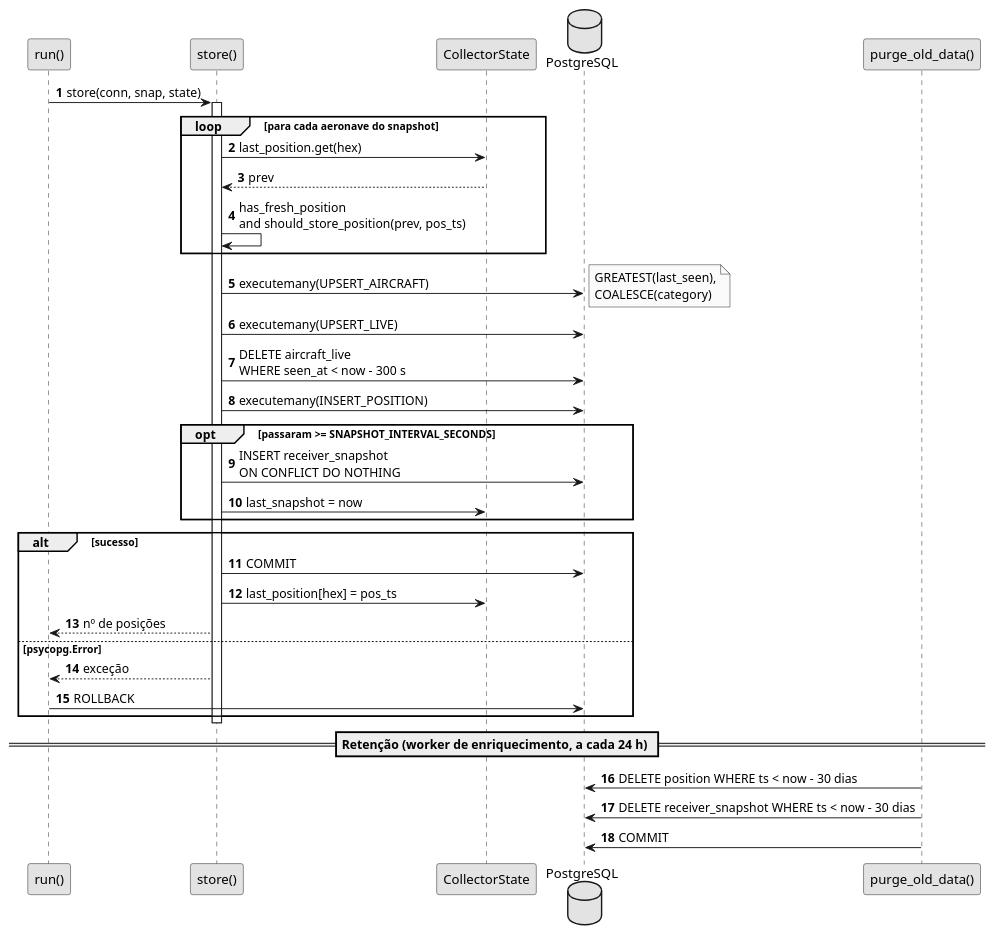
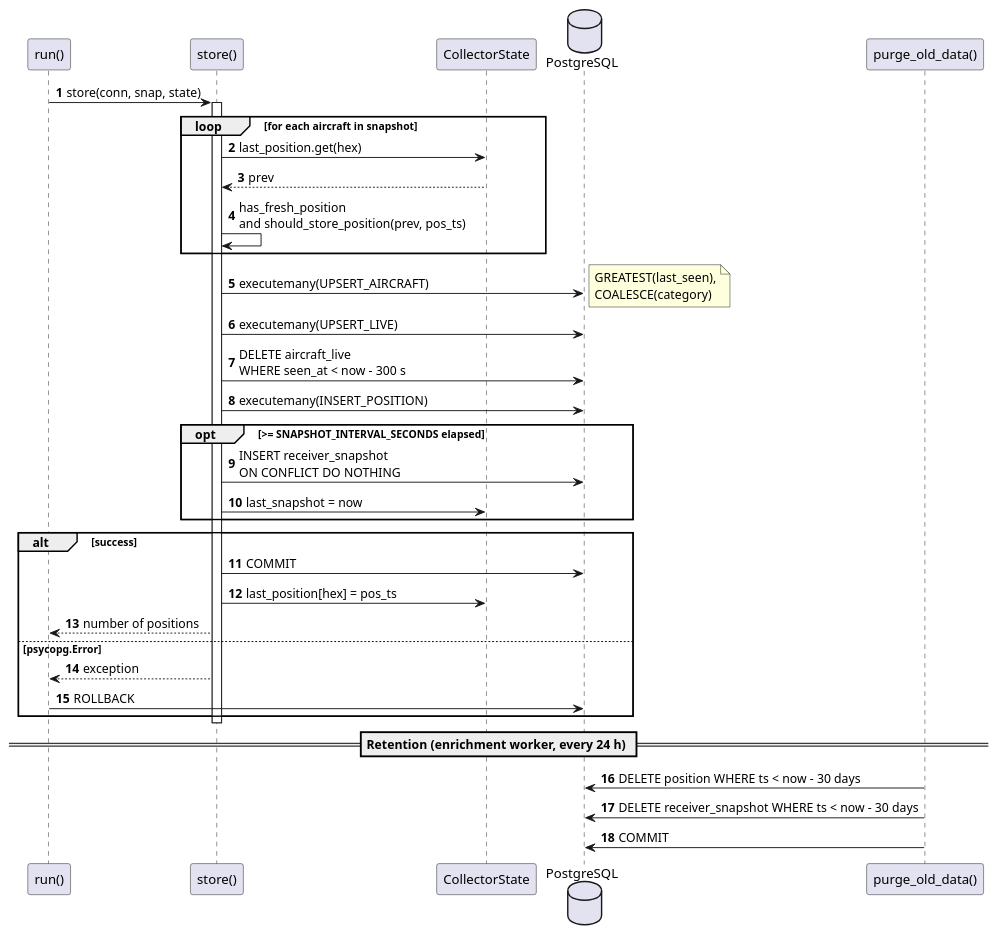
The diagram in docs/system-documentation/use-cases/US02/puml/sd_us02.puml (miguelsiilva1/SkyTracer), drawn with PlantUML before and after one commit. The commit also changed 42 other files, not shown here.

```diff
--- a/docs/system-documentation/use-cases/US02/puml/sd_us02.puml
+++ b/docs/system-documentation/use-cases/US02/puml/sd_us02.puml
@@ -1,43 +1,42 @@
 @startuml
 autonumber
-skinparam monochrome true
 participant "run()" as Run
 participant "store()" as Store
 participant "CollectorState" as State
 database "PostgreSQL" as DB
 
 Run -> Store : store(conn, snap, state)
 activate Store
-loop para cada aeronave do snapshot
+loop for each aircraft in snapshot
   Store -> State : last_position.get(hex)
   State --> Store : prev
   Store -> Store : has_fresh_position\nand should_store_position(prev, pos_ts)
 end
 
 Store -> DB : executemany(UPSERT_AIRCRAFT)
 note right: GREATEST(last_seen),\nCOALESCE(category)
 Store -> DB : executemany(UPSERT_LIVE)
 Store -> DB : DELETE aircraft_live\nWHERE seen_at < now - 300 s
 Store -> DB : executemany(INSERT_POSITION)
 
-opt passaram >= SNAPSHOT_INTERVAL_SECONDS
+opt >= SNAPSHOT_INTERVAL_SECONDS elapsed
   Store -> DB : INSERT receiver_snapshot\nON CONFLICT DO NOTHING
   Store -> State : last_snapshot = now
 end
 
-alt sucesso
+alt success
   Store -> DB : COMMIT
   Store -> State : last_position[hex] = pos_ts
-  Store --> Run : nº de posições
+  Store --> Run : number of positions
 else psycopg.Error
-  Store --> Run : exceção
+  Store --> Run : exception
   Run -> DB : ROLLBACK
 end
 deactivate Store
 
-== Retenção (worker de enriquecimento, a cada 24 h) ==
+== Retention (enrichment worker, every 24 h) ==
 participant "purge_old_data()" as Purge
-Purge -> DB : DELETE position WHERE ts < now - 30 dias
-Purge -> DB : DELETE receiver_snapshot WHERE ts < now - 30 dias
+Purge -> DB : DELETE position WHERE ts < now - 30 days
+Purge -> DB : DELETE receiver_snapshot WHERE ts < now - 30 days
 Purge -> DB : COMMIT
 @enduml
```
